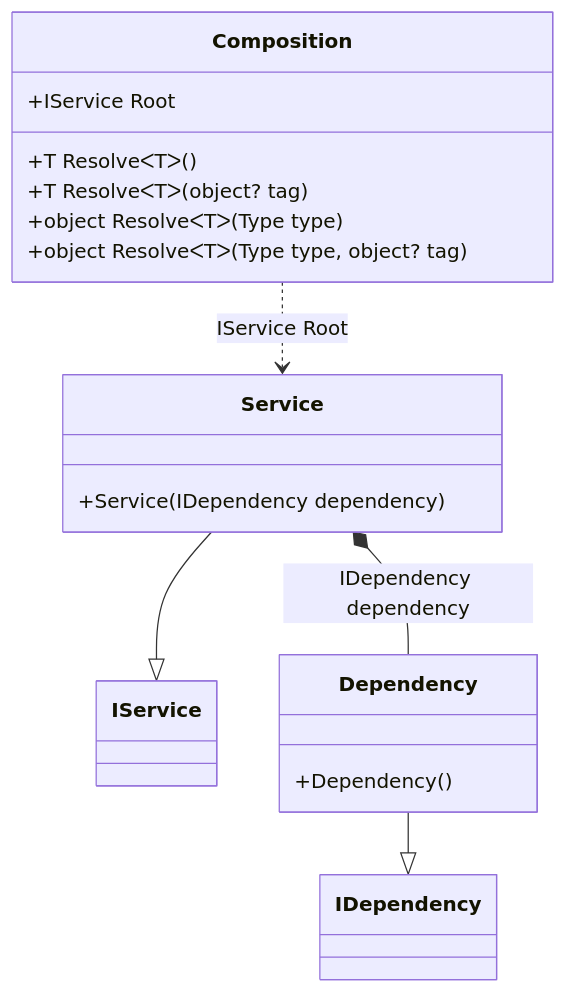
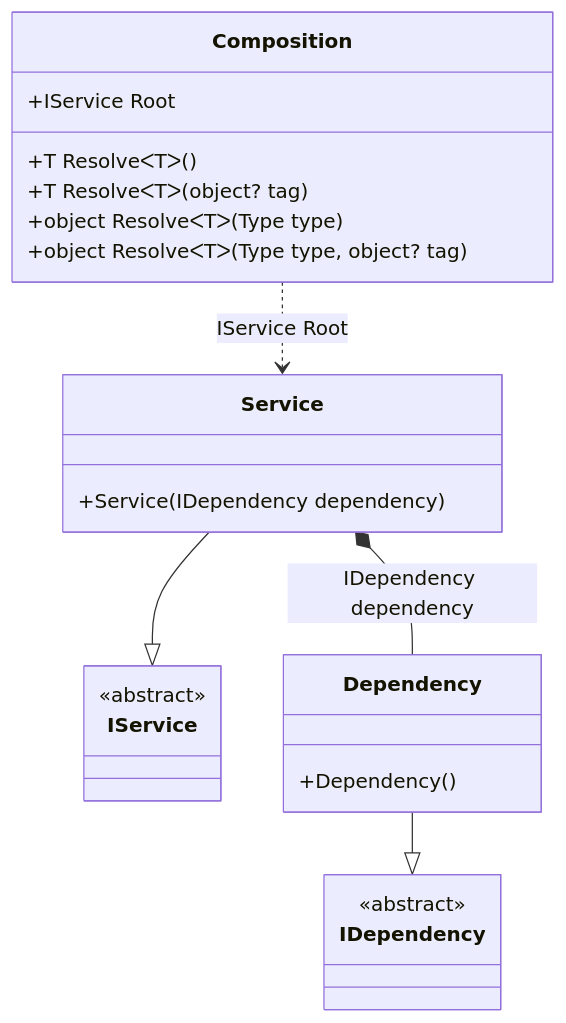
Before and after one commit to DevTeam/Pure.DI: the first of 35 diagrams in readme/Examples.md, drawn with Mermaid. The commit also changed other lines of this file and 3 other files, not shown here.

````diff
--- a/readme/Examples.md
+++ b/readme/Examples.md
@@ -33,20 +33,26 @@
 ```mermaid
 classDiagram
-class Composition {
-+IService Root
-+T ResolveᐸTᐳ()
-+T ResolveᐸTᐳ(object? tag)
-+object ResolveᐸTᐳ(Type type)
-+object ResolveᐸTᐳ(Type type, object? tag)
-}
-Service --|> IService : 
-class Service {
-+Service(IDependency dependency)
-}
-Dependency --|> IDependency : 
-class Dependency {
-+Dependency()
-}
-Service *--  Dependency : IDependency dependency
-Composition ..> Service : IService Root
+  class Composition {
+    +IService Root
+    +T ResolveᐸTᐳ()
+    +T ResolveᐸTᐳ(object? tag)
+    +object ResolveᐸTᐳ(Type type)
+    +object ResolveᐸTᐳ(Type type, object? tag)
+  }
+  Service --|> IService : 
+  class Service {
+    +Service(IDependency dependency)
+  }
+  Dependency --|> IDependency : 
+  class Dependency {
+    +Dependency()
+  }
+  class IService {
+    <<abstract>>
+  }
+  class IDependency {
+    <<abstract>>
+  }
+  Service *--  Dependency : IDependency dependency
+  Composition ..> Service : IService Root
 ```
````
